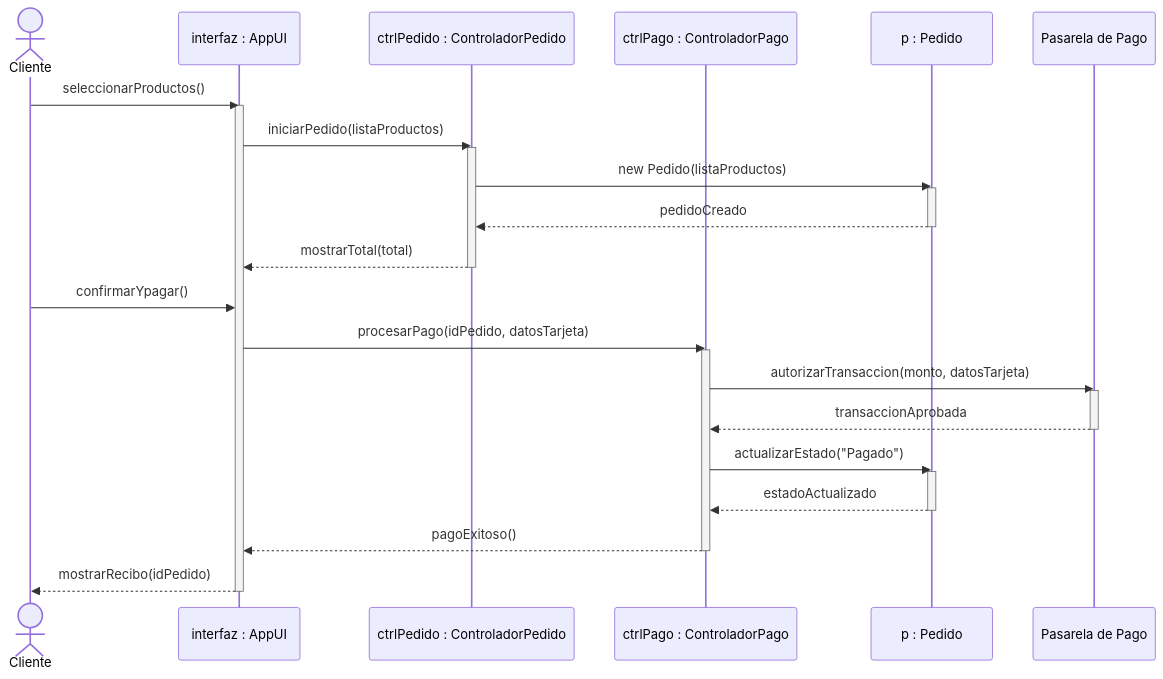
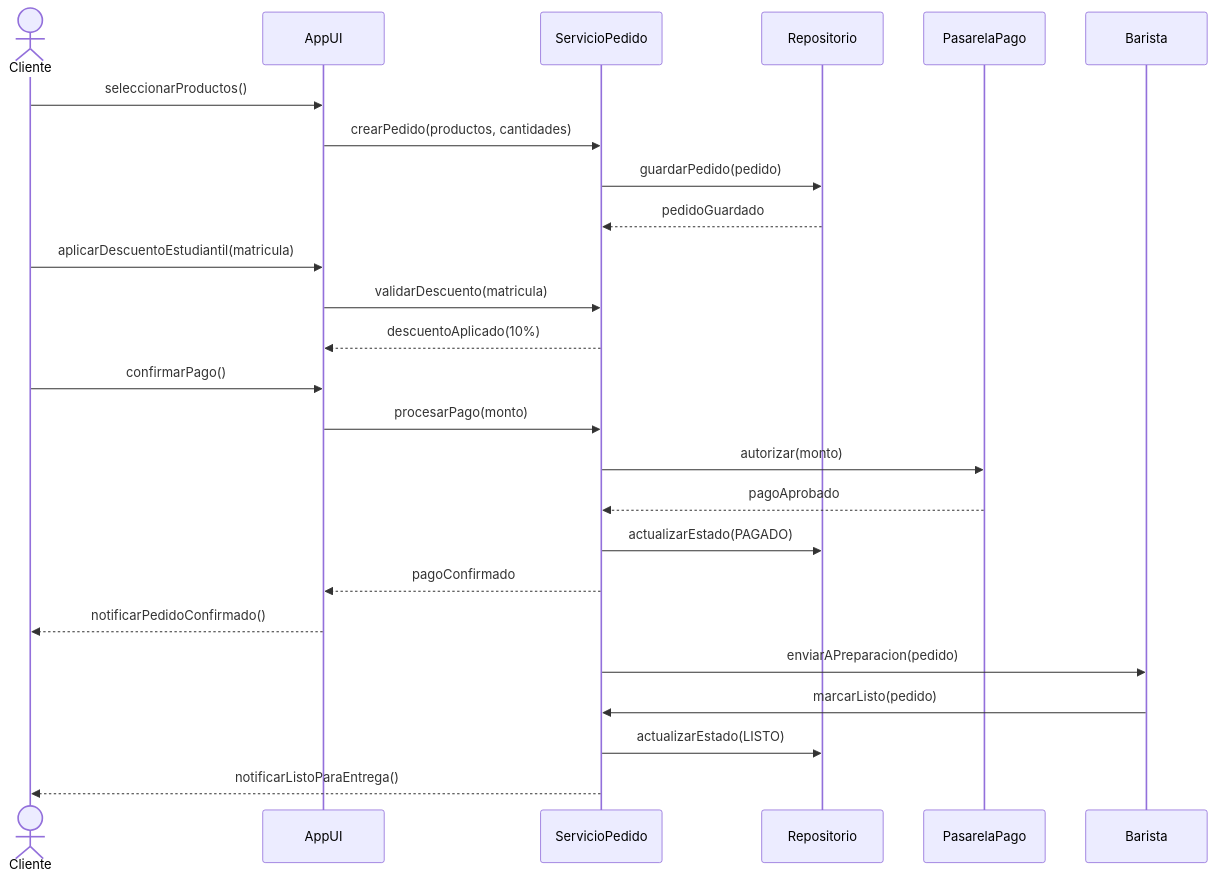
The third of 12 diagrams in README.md (Asshess/ActividadFormativaUML), drawn with Mermaid before and after one commit. The commit also changed other lines of this file and 42 other files, not shown here.

````diff
--- a/README.md
+++ b/README.md
@@ -165,38 +174,31 @@
 ```mermaid
 sequenceDiagram
     actor Cliente
-    participant UI as interfaz : AppUI
-    participant CP as ctrlPedido : ControladorPedido
-    participant CPago as ctrlPago : ControladorPago
-    participant Pedido as p : Pedido
-    participant Pasarela as Pasarela de Pago
+    participant AppUI
+    participant ServicioPedido
+    participant Repositorio
+    participant PasarelaPago
+    participant Barista
 
-    Cliente ->> UI: seleccionarProductos()
-    activate UI
-    UI ->> CP: iniciarPedido(listaProductos)
-    activate CP
-    CP ->> Pedido: new Pedido(listaProductos)
-    activate Pedido
-    Pedido -->> CP: pedidoCreado
-    deactivate Pedido
-    CP -->> UI: mostrarTotal(total)
-    deactivate CP
+    Cliente ->> AppUI: seleccionarProductos()
+    AppUI ->> ServicioPedido: crearPedido(productos, cantidades)
+    ServicioPedido ->> Repositorio: guardarPedido(pedido)
+    Repositorio -->> ServicioPedido: pedidoGuardado
 
-    Cliente ->> UI: confirmarYpagar()
-    UI ->> CPago: procesarPago(idPedido, datosTarjeta)
-    activate CPago
-    CPago ->> Pasarela: autorizarTransaccion(monto, datosTarjeta)
-    activate Pasarela
-    Pasarela -->> CPago: transaccionAprobada
-    deactivate Pasarela
+    Cliente ->> AppUI: aplicarDescuentoEstudiantil(matricula)
+    AppUI ->> ServicioPedido: validarDescuento(matricula)
+    ServicioPedido -->> AppUI: descuentoAplicado(10%)
 
-    CPago ->> Pedido: actualizarEstado("Pagado")
-    activate Pedido
-    Pedido -->> CPago: estadoActualizado
-    deactivate Pedido
+    Cliente ->> AppUI: confirmarPago()
+    AppUI ->> ServicioPedido: procesarPago(monto)
+    ServicioPedido ->> PasarelaPago: autorizar(monto)
+    PasarelaPago -->> ServicioPedido: pagoAprobado
+    ServicioPedido ->> Repositorio: actualizarEstado(PAGADO)
+    ServicioPedido -->> AppUI: pagoConfirmado
+    AppUI -->> Cliente: notificarPedidoConfirmado()
 
-    CPago -->> UI: pagoExitoso()
-    deactivate CPago
-    UI -->> Cliente: mostrarRecibo(idPedido)
-    deactivate UI
+    ServicioPedido ->> Barista: enviarAPreparacion(pedido)
+    Barista ->> ServicioPedido: marcarListo(pedido)
+    ServicioPedido ->> Repositorio: actualizarEstado(LISTO)
+    ServicioPedido -->> Cliente: notificarListoParaEntrega()
 ```
````
